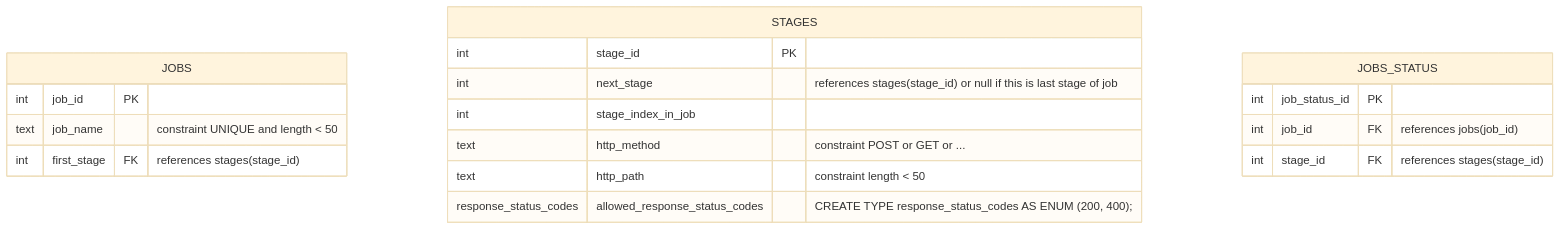
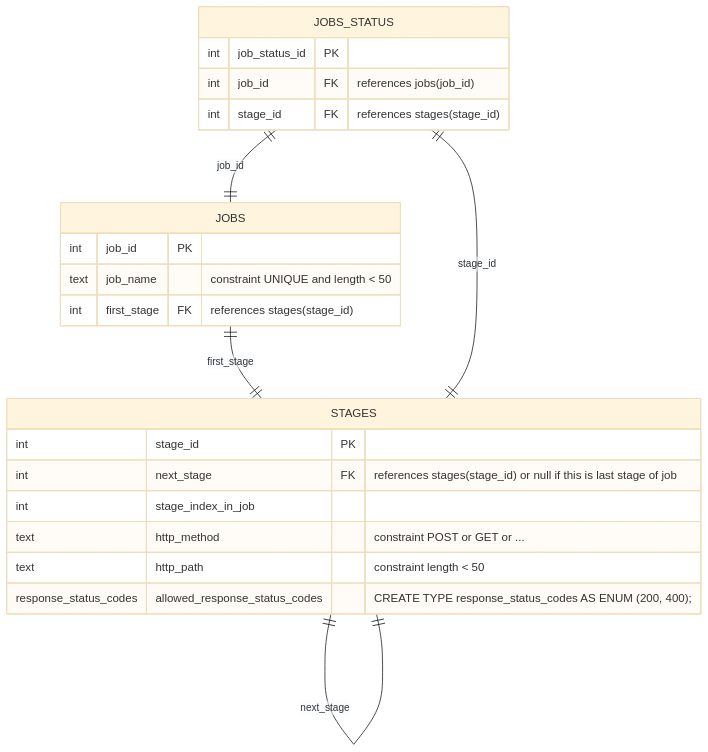
Before and after one commit to Jwostik/FastAPI: the diagram in pipeline.md, drawn with Mermaid (base theme).

````diff
--- a/pipeline.md
+++ b/pipeline.md
@@ -1,24 +1,30 @@
 ```mermaid
 erDiagram
     JOBS {
         int job_id PK
         text job_name "constraint UNIQUE and length < 50"
         int first_stage FK "references stages(stage_id)"
     }
     
     STAGES {
         int stage_id PK
-        int next_stage "references stages(stage_id) or null if this is last stage of job"
+        int next_stage FK "references stages(stage_id) or null if this is last stage of job"
         int stage_index_in_job
         text http_method "constraint POST or GET or ..."
         text http_path "constraint length < 50"
         response_status_codes allowed_response_status_codes "CREATE TYPE response_status_codes AS ENUM (200, 400);"
     }
 
     JOBS_STATUS {
         int job_status_id PK
         int job_id FK "references jobs(job_id)"
         int stage_id FK "references stages(stage_id)"
+        
     }
+
+    JOBS ||--|| STAGES : first_stage
+    STAGES ||--|| STAGES : next_stage
+    JOBS_STATUS ||--|| STAGES : stage_id
+    JOBS_STATUS ||--|| JOBS : job_id
     
 ```
````
